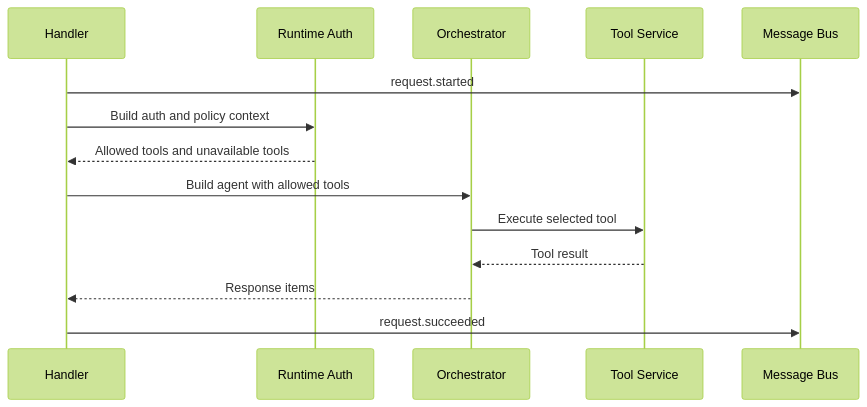
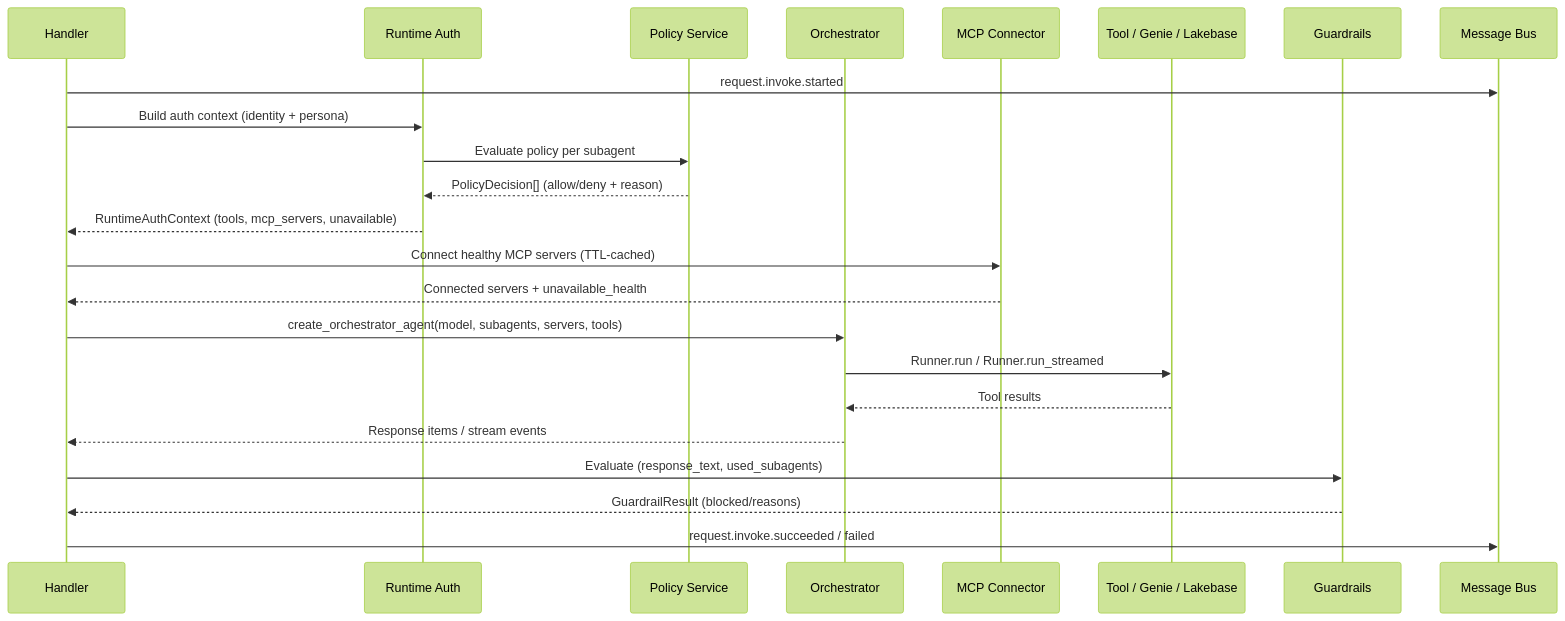
Before and after one commit to wchen-dea/Governed-Multi-Agent-Intelligence-on-Databricks: the second of 7 diagrams in docs/architecture/design-artifacts/04-logical-detailed.md, drawn with Mermaid (forest theme). The commit also changed other lines of this file and 51 other files, not shown here.

````diff
--- a/docs/architecture/design-artifacts/04-logical-detailed.md
+++ b/docs/architecture/design-artifacts/04-logical-detailed.md
@@ -30,17 +30,26 @@
 ```mermaid
 sequenceDiagram
     participant H as Handler
     participant RA as Runtime Auth
+    participant POL as Policy Service
     participant OR as Orchestrator
-    participant TS as Tool Service
+    participant MCP as MCP Connector
+    participant TS as Tool / Genie / Lakebase
+    participant GR as Guardrails
     participant MB as Message Bus
 
-    H->>MB: request.started
-    H->>RA: Build auth and policy context
-    RA-->>H: Allowed tools and unavailable tools
-    H->>OR: Build agent with allowed tools
-    OR->>TS: Execute selected tool
-    TS-->>OR: Tool result
-    OR-->>H: Response items
-    H->>MB: request.succeeded
+    H->>MB: request.invoke.started
+    H->>RA: Build auth context (identity + persona)
+    RA->>POL: Evaluate policy per subagent
+    POL-->>RA: PolicyDecision[] (allow/deny + reason)
+    RA-->>H: RuntimeAuthContext (tools, mcp_servers, unavailable)
+    H->>MCP: Connect healthy MCP servers (TTL-cached)
+    MCP-->>H: Connected servers + unavailable_health
+    H->>OR: create_orchestrator_agent(model, subagents, servers, tools)
+    OR->>TS: Runner.run / Runner.run_streamed
+    TS-->>OR: Tool results
+    OR-->>H: Response items / stream events
+    H->>GR: Evaluate (response_text, used_subagents)
+    GR-->>H: GuardrailResult (blocked/reasons)
+    H->>MB: request.invoke.succeeded / failed
 ```
````
